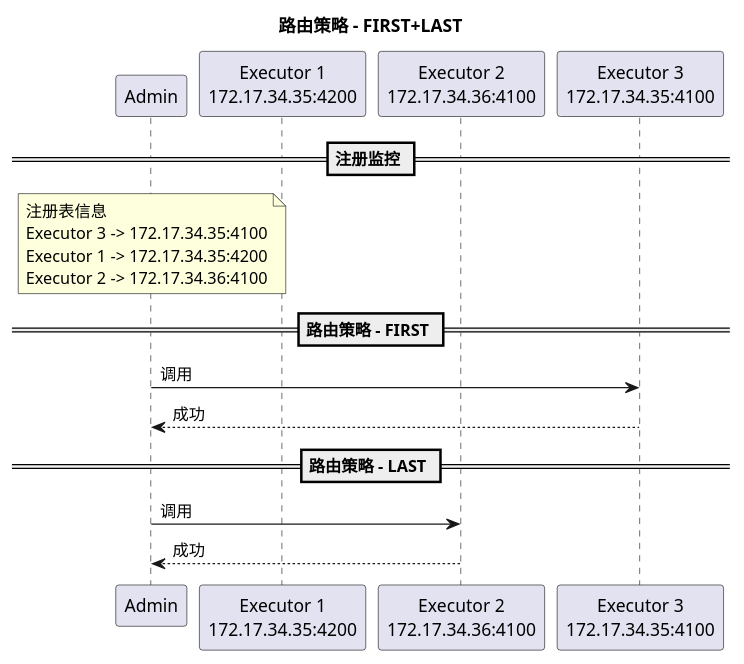
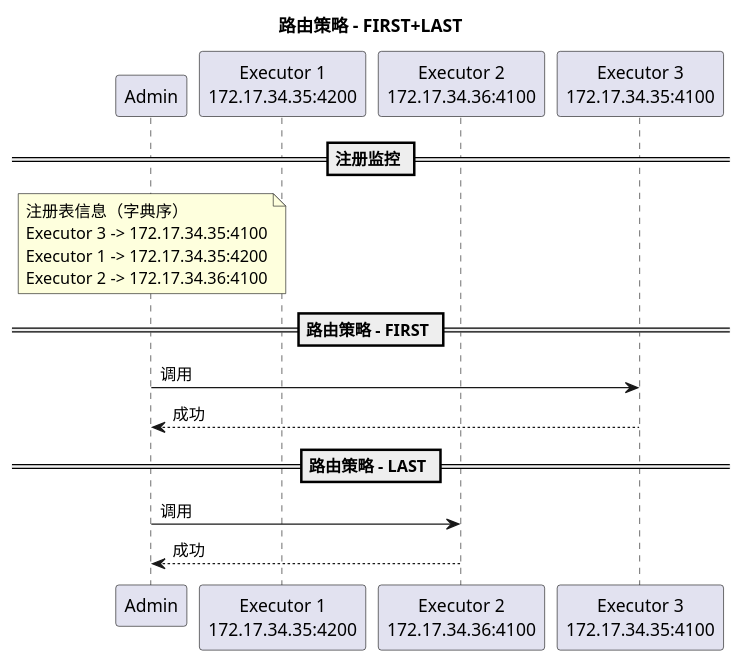
Before and after one commit to Sean-K-Wu/xxl-job: the diagram in doc/uml/sequence/admin/route-first-last.puml, drawn with PlantUML. The commit also changed 13 other files, not shown here.

```diff
--- a/doc/uml/sequence/admin/route-first-last.puml
+++ b/doc/uml/sequence/admin/route-first-last.puml
@@ -1,24 +1,24 @@
 @startuml
 title 路由策略 - FIRST+LAST
 
 participant a as "Admin" order 10
 participant e1 as "Executor 1\n172.17.34.35:4200" order 20
 participant e2 as "Executor 2\n172.17.34.36:4100" order 30
 participant e3 as "Executor 3\n172.17.34.35:4100" order 40
 
 == 注册监控 ==
 note over a
-    注册表信息
+    注册表信息（字典序）
     Executor 3 -> 172.17.34.35:4100
     Executor 1 -> 172.17.34.35:4200
     Executor 2 -> 172.17.34.36:4100
 end note
 
 == 路由策略 - FIRST ==
 a -> e3 : 调用
 a <-- e3 : 成功
 
 == 路由策略 - LAST ==
 a -> e2 : 调用
 a <-- e2 : 成功
 @enduml
```
